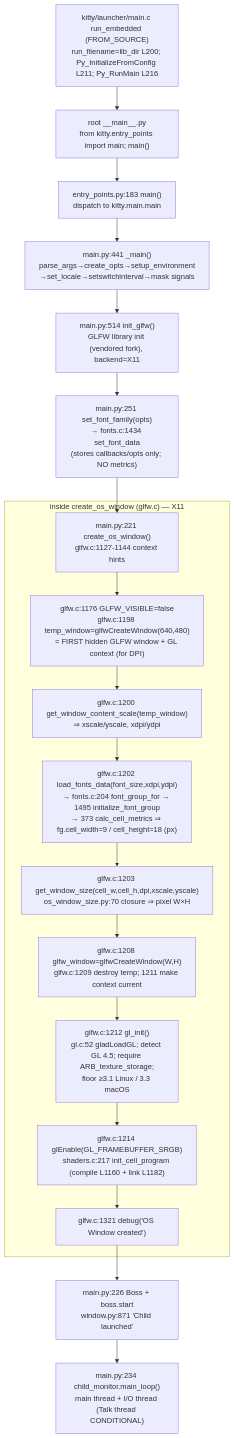
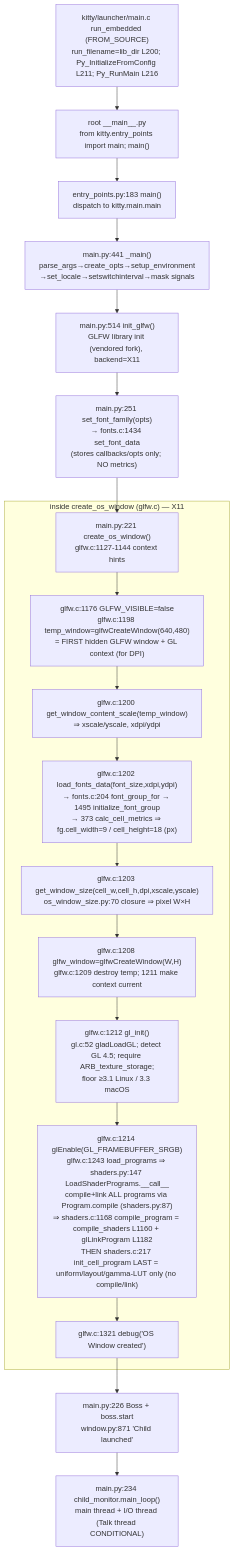
Before and after one commit to blitzy-research/kitty: the diagram in blitzy/documentation/kitty_815df1e210e0.md, drawn with Mermaid. The commit also changed other lines of this file, not shown here.

````diff
--- a/blitzy/documentation/kitty_815df1e210e0.md
+++ b/blitzy/documentation/kitty_815df1e210e0.md
@@ -423,22 +435,22 @@
 ```mermaid
 flowchart TD
     A["kitty/launcher/main.c run_embedded (FROM_SOURCE)<br/>run_filename=lib_dir L200; Py_InitializeFromConfig L211; Py_RunMain L216"] --> RM["root __main__.py<br/>from kitty.entry_points import main; main()"]
     RM --> B["entry_points.py:183 main()<br/>dispatch to kitty.main.main"]
     B --> C["main.py:441 _main()<br/>parse_args→create_opts→setup_environment<br/>→set_locale→setswitchinterval→mask signals"]
     C --> D["main.py:514 init_glfw()<br/>GLFW library init (vendored fork), backend=X11"]
     D --> E["main.py:251 set_font_family(opts)<br/>→ fonts.c:1434 set_font_data<br/>(stores callbacks/opts only; NO metrics)"]
     E --> G["main.py:221 create_os_window()<br/>glfw.c:1127-1144 context hints"]
     subgraph COW["inside create_os_window (glfw.c) — X11"]
       G --> T["glfw.c:1176 GLFW_VISIBLE=false<br/>glfw.c:1198 temp_window=glfwCreateWindow(640,480)<br/>= FIRST hidden GLFW window + GL context (for DPI)"]
       T --> SC["glfw.c:1200 get_window_content_scale(temp_window)<br/>⇒ xscale/yscale, xdpi/ydpi"]
       SC --> F["glfw.c:1202 load_fonts_data(font_size,xdpi,ydpi)<br/>→ fonts.c:204 font_group_for → 1495 initialize_font_group<br/>→ 373 calc_cell_metrics ⇒ fg.cell_width=9 / cell_height=18 (px)"]
       F --> H["glfw.c:1203 get_window_size(cell_w,cell_h,dpi,xscale,yscale)<br/>os_window_size.py:70 closure ⇒ pixel W×H"]
       H --> I["glfw.c:1208 glfw_window=glfwCreateWindow(W,H)<br/>glfw.c:1209 destroy temp; 1211 make context current"]
       I --> J["glfw.c:1212 gl_init()<br/>gl.c:52 gladLoadGL; detect GL 4.5; require ARB_texture_storage;<br/>floor ≥3.1 Linux / 3.3 macOS"]
-      J --> K["glfw.c:1214 glEnable(GL_FRAMEBUFFER_SRGB)<br/>shaders.c:217 init_cell_program (compile L1160 + link L1182)"]
+      J --> K["glfw.c:1214 glEnable(GL_FRAMEBUFFER_SRGB)<br/>glfw.c:1243 load_programs ⇒ shaders.py:147 LoadShaderPrograms.__call__<br/>compile+link ALL programs via Program.compile (shaders.py:87)<br/>⇒ shaders.c:1168 compile_program = compile_shaders L1160 + glLinkProgram L1182<br/>THEN shaders.c:217 init_cell_program LAST = uniform/layout/gamma-LUT only (no compile/link)"]
       K --> L["glfw.c:1321 debug('OS Window created')"]
     end
     L --> M["main.py:226 Boss + boss.start<br/>window.py:871 'Child launched'"]
     M --> N["main.py:234 child_monitor.main_loop()<br/>main thread + I/O thread (Talk thread CONDITIONAL)"]
     %% Cell metrics (F) are computed AFTER the hidden temp GPU context (T,SC) and feed sizing (H)
 ```
````
